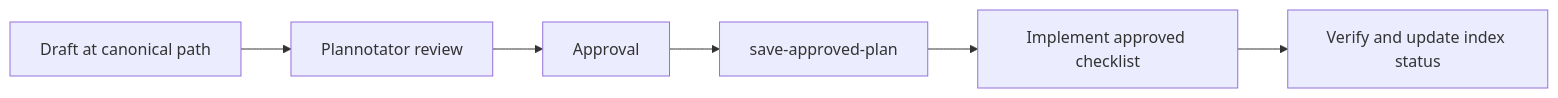
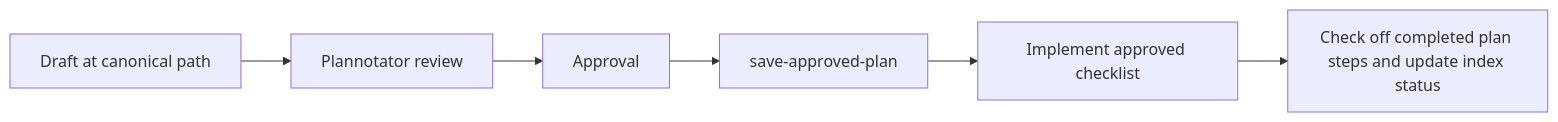
The diagram in docs/pi-harness/workflows.md (ryan1117001/pi-coding-harness), drawn with Mermaid before and after one commit. The commit also changed other lines of this file and 6 other files, not shown here.

````diff
--- a/docs/pi-harness/workflows.md
+++ b/docs/pi-harness/workflows.md
@@ -17,8 +17,8 @@
 ```mermaid
 flowchart LR
   D[Draft at canonical path] --> R[Plannotator review]
   R --> A[Approval]
   A --> S[save-approved-plan]
   S --> I[Implement approved checklist]
-  I --> V[Verify and update index status]
+  I --> V[Check off completed plan steps and update index status]
 ```
````
